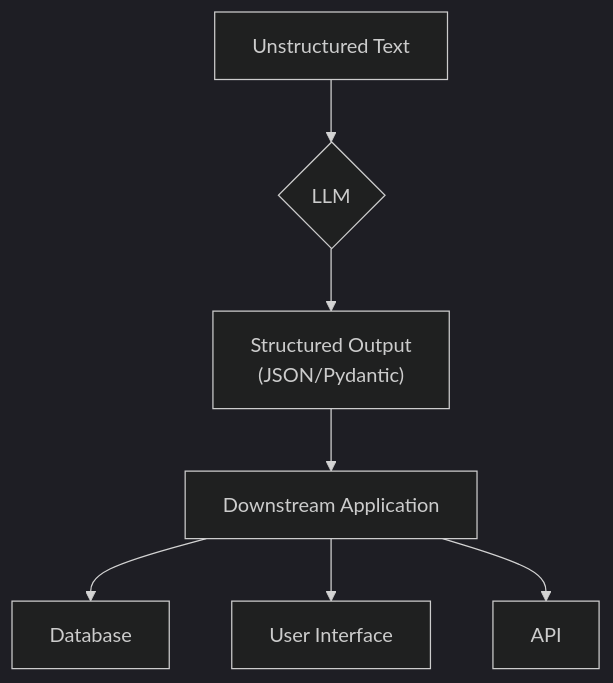
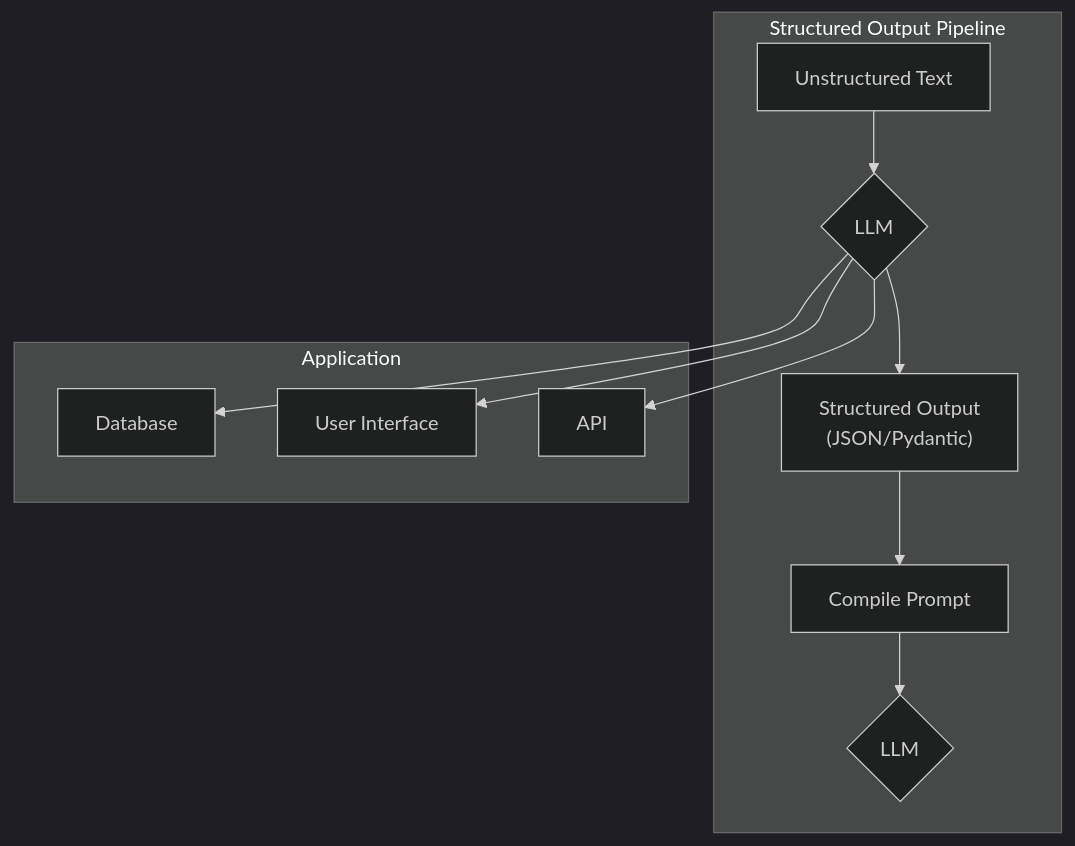
Before and after one commit to towardsai/agentic-ai-engineering-course: the diagram in lessons/04_structured_outputs/article.md, drawn with Mermaid (dark theme). The commit also changed other lines of this file, not shown here.

Commit message:
feat: Tweak L4

````diff
--- a/lessons/04_structured_outputs/article.md
+++ b/lessons/04_structured_outputs/article.md
@@ -19,9 +19,19 @@
 ```mermaid
 flowchart TD
-    A["Unstructured Text"] --> B{"LLM"};
-    B --> C["Structured Output <br> (JSON/Pydantic)"];
-    C --> D["Downstream Application"];
-    D --> E["Database"];
-    D --> F["User Interface"];
-    D --> G["API"];
+    subgraph "Structured Output Pipeline"
+        A["Unstructured Text"] --> B{"LLM"};
+        B --> C["Structured Output <br> (JSON/Pydantic)"];
+        C --> D["Compile Prompt"];
+        D --> G{"LLM"};
+    end
+    
+    subgraph "Application"
+        E["Database"];
+        F["User Interface"];
+        H["API"];
+    end
+    
+    B --> E;
+    B --> F;
+    B --> H;
 ```
````
